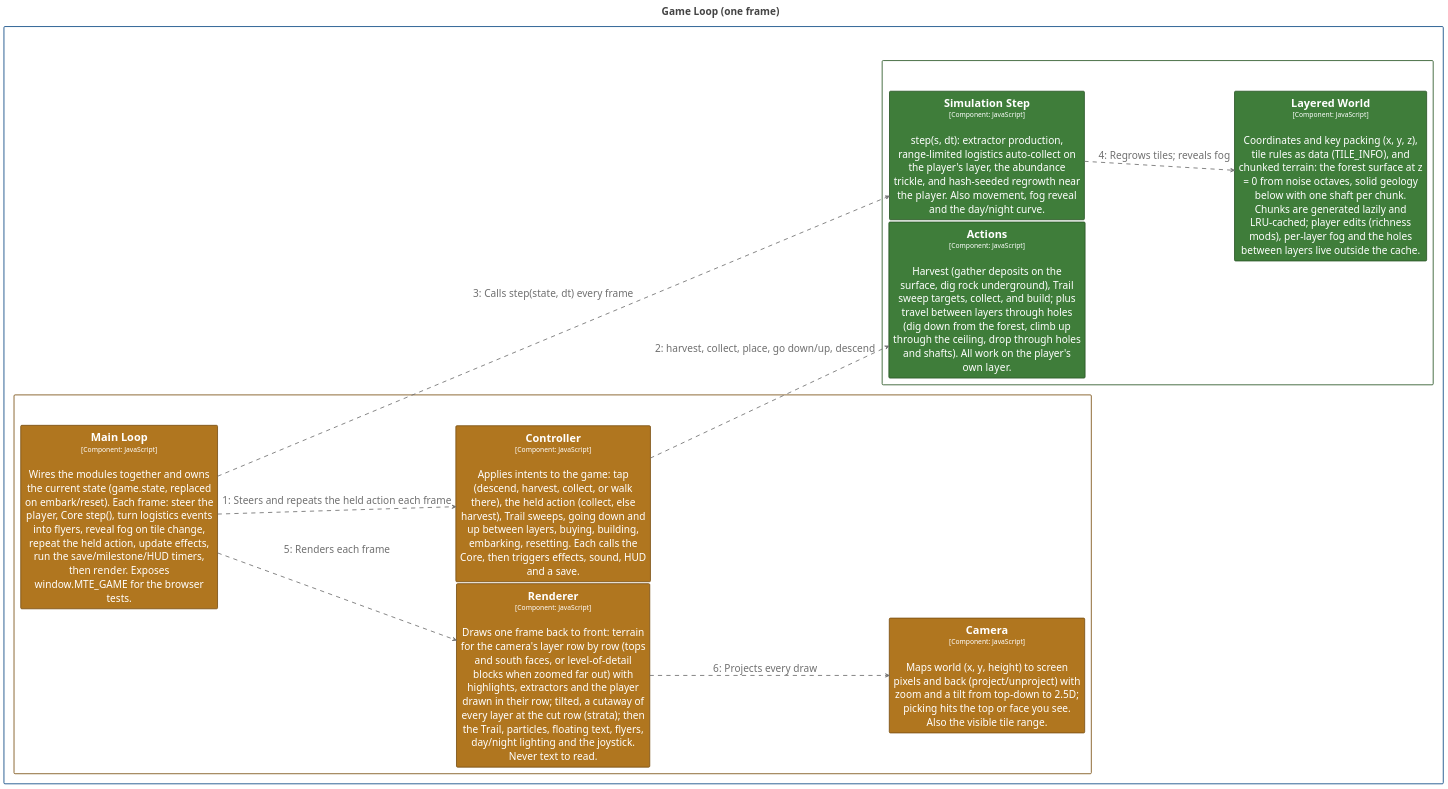
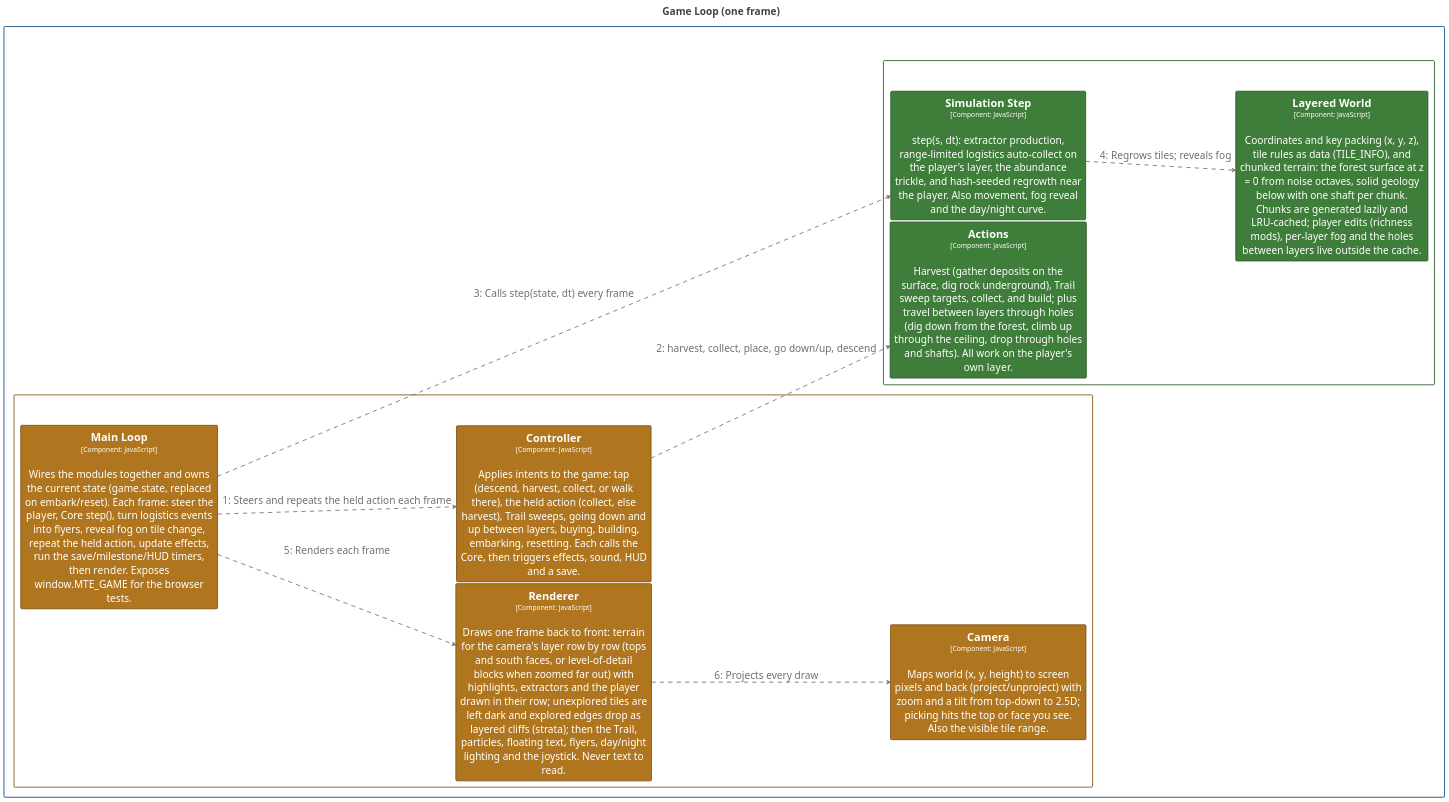
The diagram in structurizr/diagrams/GameLoop.puml (bitkojine/more-than-enough), drawn with PlantUML before and after one commit. The commit also changed 18 other files, not shown here.

First line of the commit message:
v0.23.0: the known world is a plateau, edges drop as layered cliffs

```diff
--- a/structurizr/diagrams/GameLoop.puml
+++ b/structurizr/diagrams/GameLoop.puml
@@ -2,106 +2,106 @@
 @startuml
 title <size:24>Game Loop (one frame)</size>
 
 set separator none
 left to right direction
 skinparam ranksep 20
 skinparam nodesep 5
 hide stereotype
 
 <style>
   root {
     BackgroundColor: #ffffff;
     FontColor: #444444;
   }
   // Element,Component,Core Engine
   .Element-RWxlbWVudCxDb21wb25lbnQsQ29yZSBFbmdpbmU= {
     BackgroundColor: #3f7d3a;
     LineColor: #2c5728;
     LineStyle: 0;
     LineThickness: 2;
     FontColor: #ffffff;
     FontSize: 24;
     HorizontalAlignment: center;
     Shadowing: 0;
     MaximumWidth: 450;
   }
   // Element,Component,Presentation
   .Element-RWxlbWVudCxDb21wb25lbnQsUHJlc2VudGF0aW9u {
     BackgroundColor: #b0761f;
     LineColor: #7b5215;
     LineStyle: 0;
     LineThickness: 2;
     FontColor: #ffffff;
     FontSize: 24;
     HorizontalAlignment: center;
     Shadowing: 0;
     MaximumWidth: 450;
   }
   // Relationship
   .Relationship-UmVsYXRpb25zaGlw {
     LineThickness: 2;
     LineStyle: 10-10;
     LineColor: #707070;
     FontColor: #707070;
     FontSize: 24;
     MaximumWidth: 200;
   }
   // MORE THAN ENOUGH
   .Boundary-TU9SRSBUSEFOIEVOT1VHSA== {
     BackgroundColor: #ffffff;
     LineColor: #0b4884;
     LineStyle: 0;
     LineThickness: 2;
     FontColor: #ffffff;
     FontSize: 24;
     HorizontalAlignment: center;
     Shadowing: 0;
   }
   // Simulation Core
   .Boundary-U2ltdWxhdGlvbiBDb3Jl {
     BackgroundColor: #ffffff;
     LineColor: #2c5728;
     LineStyle: 0;
     LineThickness: 2;
     FontColor: #ffffff;
     FontSize: 24;
     HorizontalAlignment: center;
     Shadowing: 0;
   }
   // Web Application
   .Boundary-V2ViIEFwcGxpY2F0aW9u {
     BackgroundColor: #ffffff;
     LineColor: #7b5215;
     LineStyle: 0;
     LineThickness: 2;
     FontColor: #ffffff;
     FontSize: 24;
     HorizontalAlignment: center;
     Shadowing: 0;
   }
 </style>
 
 rectangle "MORE THAN ENOUGH\n<size:16>[Software System]</size>" <<Boundary-TU9SRSBUSEFOIEVOT1VHSA==>> {
   rectangle "Simulation Core\n<size:16>[Container: JavaScript modules (browser + Node)]</size>" <<Boundary-U2ltdWxhdGlvbiBDb3Jl>> {
     rectangle "==Layered World\n<size:16>[Component: JavaScript]</size>\n\nCoordinates and key packing (x, y, z), tile rules as data (TILE_INFO), and chunked terrain: the forest surface at z = 0 from noise octaves, solid geology below with one shaft per chunk. Chunks are generated lazily and LRU-cached; player edits (richness mods), per-layer fog and the holes between layers live outside the cache." <<Element-RWxlbWVudCxDb21wb25lbnQsQ29yZSBFbmdpbmU=>> as MORETHANENOUGH.SimulationCore.LayeredWorld
     rectangle "==Simulation Step\n<size:16>[Component: JavaScript]</size>\n\nstep(s, dt): extractor production, range-limited logistics auto-collect on the player's layer, the abundance trickle, and hash-seeded regrowth near the player. Also movement, fog reveal and the day/night curve." <<Element-RWxlbWVudCxDb21wb25lbnQsQ29yZSBFbmdpbmU=>> as MORETHANENOUGH.SimulationCore.SimulationStep
     rectangle "==Actions\n<size:16>[Component: JavaScript]</size>\n\nHarvest (gather deposits on the surface, dig rock underground), Trail sweep targets, collect, and build; plus travel between layers through holes (dig down from the forest, climb up through the ceiling, drop through holes and shafts). All work on the player's own layer." <<Element-RWxlbWVudCxDb21wb25lbnQsQ29yZSBFbmdpbmU=>> as MORETHANENOUGH.SimulationCore.Actions
   }
 
   rectangle "Web Application\n<size:16>[Container: HTML/CSS/JavaScript modules]</size>" <<Boundary-V2ViIEFwcGxpY2F0aW9u>> {
     rectangle "==Main Loop\n<size:16>[Component: JavaScript]</size>\n\nWires the modules together and owns the current state (game.state, replaced on embark/reset). Each frame: steer the player, Core step(), turn logistics events into flyers, reveal fog on tile change, repeat the held action, update effects, run the save/milestone/HUD timers, then render. Exposes window.MTE_GAME for the browser tests." <<Element-RWxlbWVudCxDb21wb25lbnQsUHJlc2VudGF0aW9u>> as MORETHANENOUGH.WebApplication.MainLoop
     rectangle "==Controller\n<size:16>[Component: JavaScript]</size>\n\nApplies intents to the game: tap (descend, harvest, collect, or walk there), the held action (collect, else harvest), Trail sweeps, going down and up between layers, buying, building, embarking, resetting. Each calls the Core, then triggers effects, sound, HUD and a save." <<Element-RWxlbWVudCxDb21wb25lbnQsUHJlc2VudGF0aW9u>> as MORETHANENOUGH.WebApplication.Controller
     rectangle "==Camera\n<size:16>[Component: JavaScript]</size>\n\nMaps world (x, y, height) to screen pixels and back (project/unproject) with zoom and a tilt from top-down to 2.5D; picking hits the top or face you see. Also the visible tile range." <<Element-RWxlbWVudCxDb21wb25lbnQsUHJlc2VudGF0aW9u>> as MORETHANENOUGH.WebApplication.Camera
-    rectangle "==Renderer\n<size:16>[Component: JavaScript]</size>\n\nDraws one frame back to front: terrain for the camera's layer row by row (tops and south faces, or level-of-detail blocks when zoomed far out) with highlights, extractors and the player drawn in their row; tilted, a cutaway of every layer at the cut row (strata); then the Trail, particles, floating text, flyers, day/night lighting and the joystick. Never text to read." <<Element-RWxlbWVudCxDb21wb25lbnQsUHJlc2VudGF0aW9u>> as MORETHANENOUGH.WebApplication.Renderer
+    rectangle "==Renderer\n<size:16>[Component: JavaScript]</size>\n\nDraws one frame back to front: terrain for the camera's layer row by row (tops and south faces, or level-of-detail blocks when zoomed far out) with highlights, extractors and the player drawn in their row; unexplored tiles are left dark and explored edges drop as layered cliffs (strata); then the Trail, particles, floating text, flyers, day/night lighting and the joystick. Never text to read." <<Element-RWxlbWVudCxDb21wb25lbnQsUHJlc2VudGF0aW9u>> as MORETHANENOUGH.WebApplication.Renderer
   }
 
 }
 
 MORETHANENOUGH.WebApplication.MainLoop --> MORETHANENOUGH.WebApplication.Controller <<Relationship-UmVsYXRpb25zaGlw>> : "1: Steers and repeats the held action each frame"
 MORETHANENOUGH.WebApplication.Controller --> MORETHANENOUGH.SimulationCore.Actions <<Relationship-UmVsYXRpb25zaGlw>> : "2: harvest, collect, place, go down/up, descend"
 MORETHANENOUGH.WebApplication.MainLoop --> MORETHANENOUGH.SimulationCore.SimulationStep <<Relationship-UmVsYXRpb25zaGlw>> : "3: Calls step(state, dt) every frame"
 MORETHANENOUGH.SimulationCore.SimulationStep --> MORETHANENOUGH.SimulationCore.LayeredWorld <<Relationship-UmVsYXRpb25zaGlw>> : "4: Regrows tiles; reveals fog"
 MORETHANENOUGH.WebApplication.MainLoop --> MORETHANENOUGH.WebApplication.Renderer <<Relationship-UmVsYXRpb25zaGlw>> : "5: Renders each frame"
 MORETHANENOUGH.WebApplication.Renderer --> MORETHANENOUGH.WebApplication.Camera <<Relationship-UmVsYXRpb25zaGlw>> : "6: Projects every draw"
 
 @enduml
```
